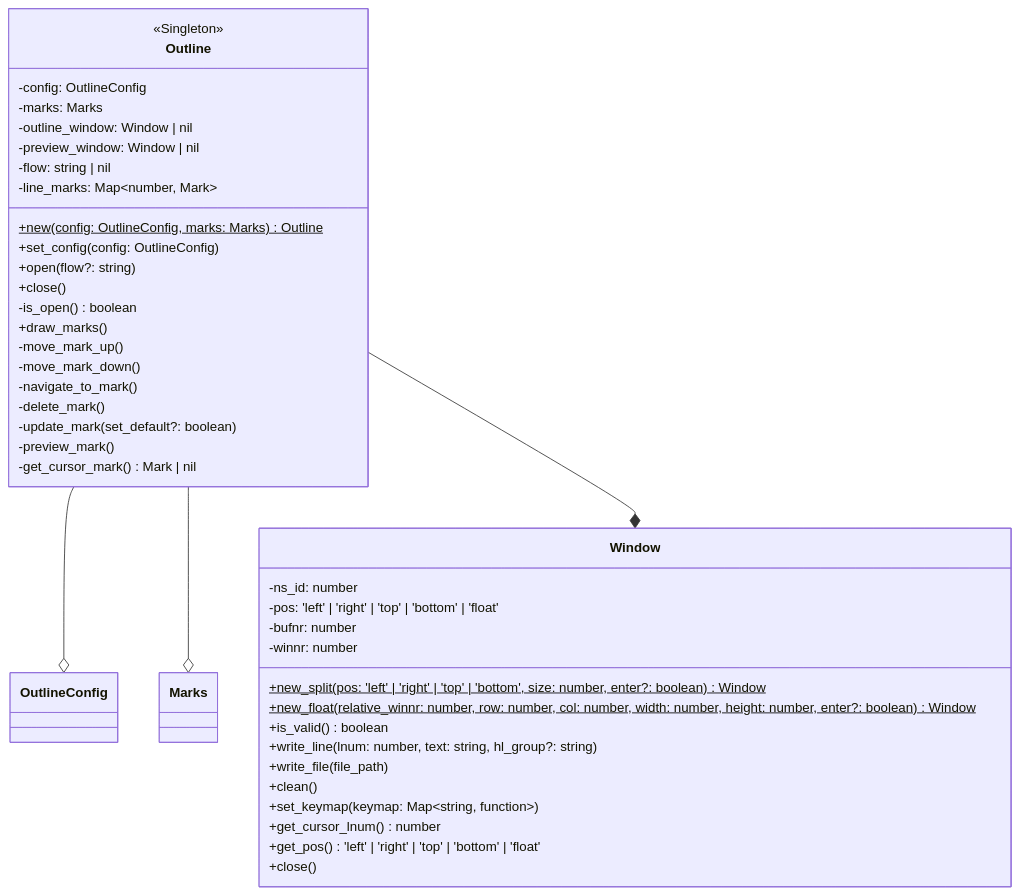
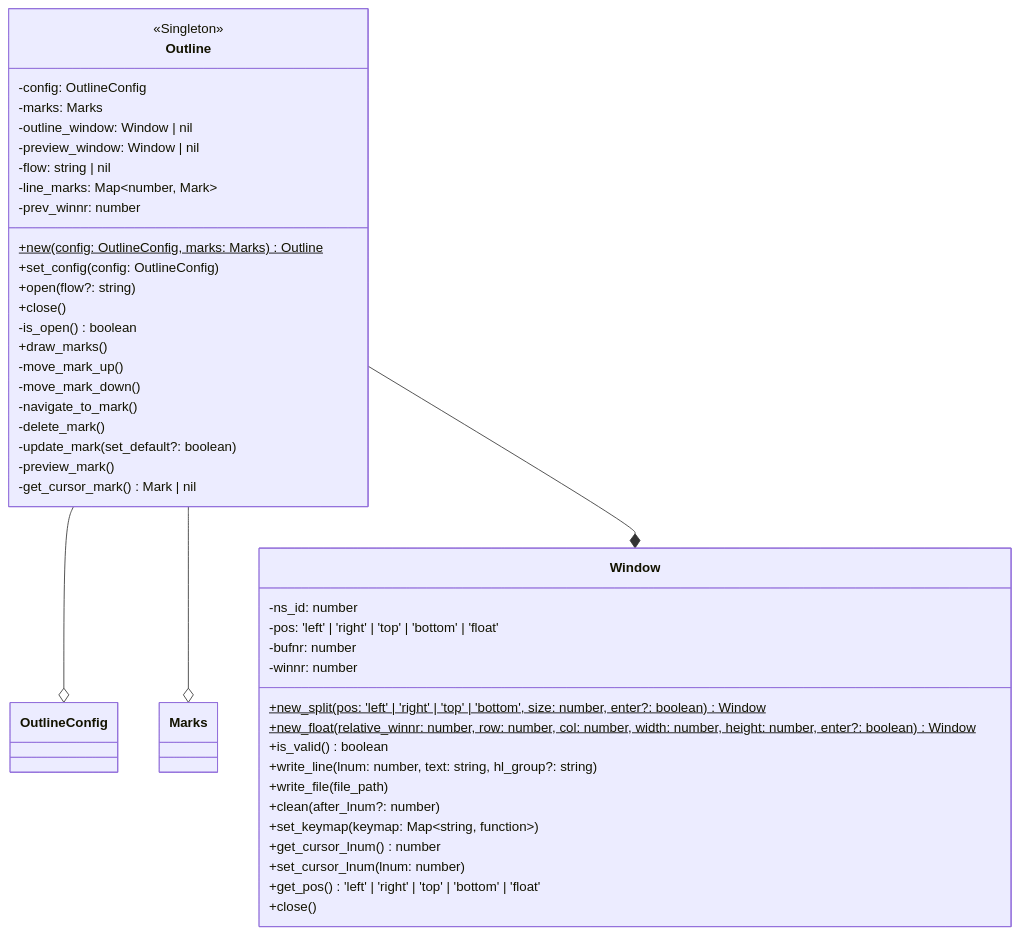
Diagram 11 of 17 in DESIGN.md (niuiic/track.nvim), drawn with Mermaid before and after one commit. The commit also changed 4 other files, not shown here.

````diff
--- a/DESIGN.md
+++ b/DESIGN.md
@@ -291,52 +291,54 @@
 ```mermaid
 classDiagram
     Outline --o OutlineConfig
     Outline --o Marks
     Outline --* Window
     class Outline {
         <<Singleton>>
 
         -config: OutlineConfig
         -marks: Marks
         -outline_window: Window | nil
         -preview_window: Window | nil
         -flow: string | nil
         -line_marks: Map~number, Mark~
+        -prev_winnr: number
 
         %% new
         +new(config: OutlineConfig, marks: Marks)$ Outline
         %% config
         +set_config(config: OutlineConfig)
         %% outline
         +open(flow?: string)
         +close()
         -is_open() boolean
         %% mark
         +draw_marks()
         -move_mark_up()
         -move_mark_down()
         -navigate_to_mark()
         -delete_mark()
         -update_mark(set_default?: boolean)
         -preview_mark()
         -get_cursor_mark() Mark | nil
     }
 
     class Window {
         -ns_id: number
         -pos: 'left' | 'right' | 'top' | 'bottom' | 'float'
         -bufnr: number
         -winnr: number
 
         +new_split(pos: 'left' | 'right' | 'top' | 'bottom', size: number, enter?: boolean)$ Window
         +new_float(relative_winnr: number, row: number, col: number, width: number, height: number, enter?: boolean)$ Window
         +is_valid() boolean
         +write_line(lnum: number, text: string, hl_group?: string)
         +write_file(file_path)
-        +clean()
+        +clean(after_lnum?: number)
         +set_keymap(keymap: Map~string, function~)
         +get_cursor_lnum() number
+        +set_cursor_lnum(lnum: number)
         +get_pos() 'left' | 'right' | 'top' | 'bottom' | 'float'
         +close()
     }
 ```
````
